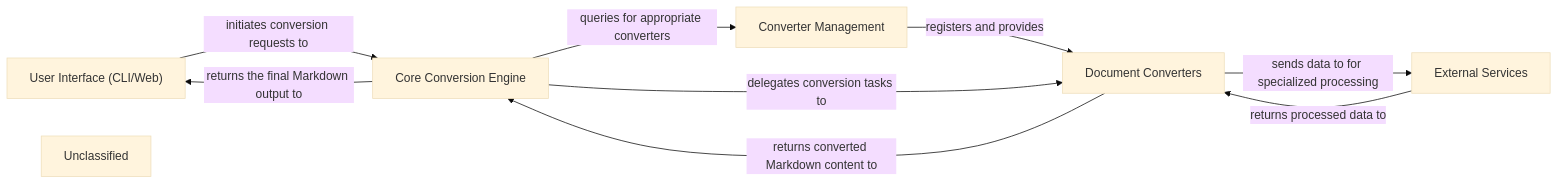
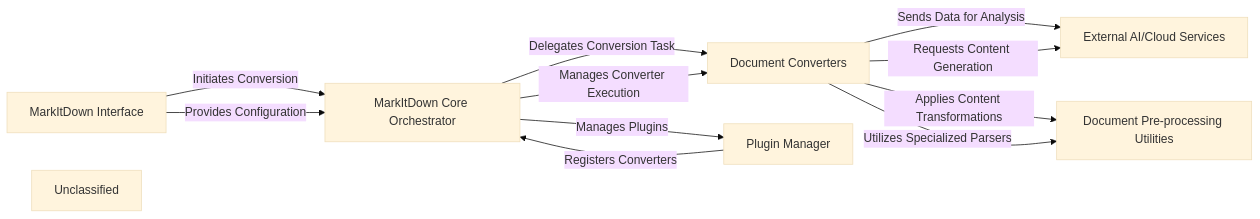
Before and after one commit to CodeBoarding/GeneratedOnBoardings: the diagram in markitdown/on_boarding.md, drawn with Mermaid (base theme). The commit also changed other lines of this file, not shown here.

````diff
--- a/markitdown/on_boarding.md
+++ b/markitdown/on_boarding.md
@@ -1,17 +1,20 @@
 ```mermaid
 graph LR
-    User_Interface_CLI_Web_["User Interface (CLI/Web)"]
-    Core_Conversion_Engine["Core Conversion Engine"]
-    Converter_Management["Converter Management"]
+    MarkItDown_Interface["MarkItDown Interface"]
+    MarkItDown_Core_Orchestrator["MarkItDown Core Orchestrator"]
     Document_Converters["Document Converters"]
-    External_Services["External Services"]
+    Plugin_Manager["Plugin Manager"]
+    External_AI_Cloud_Services["External AI/Cloud Services"]
+    Document_Pre_processing_Utilities["Document Pre-processing Utilities"]
     Unclassified["Unclassified"]
-    User_Interface_CLI_Web_ -- "initiates conversion requests to" --> Core_Conversion_Engine
-    Core_Conversion_Engine -- "queries for appropriate converters" --> Converter_Management
-    Converter_Management -- "registers and provides" --> Document_Converters
-    Core_Conversion_Engine -- "delegates conversion tasks to" --> Document_Converters
-    Document_Converters -- "sends data to for specialized processing" --> External_Services
-    External_Services -- "returns processed data to" --> Document_Converters
-    Document_Converters -- "returns converted Markdown content to" --> Core_Conversion_Engine
-    Core_Conversion_Engine -- "returns the final Markdown output to" --> User_Interface_CLI_Web_
+    MarkItDown_Interface -- "Initiates Conversion" --> MarkItDown_Core_Orchestrator
+    MarkItDown_Interface -- "Provides Configuration" --> MarkItDown_Core_Orchestrator
+    MarkItDown_Core_Orchestrator -- "Delegates Conversion Task" --> Document_Converters
+    MarkItDown_Core_Orchestrator -- "Manages Converter Execution" --> Document_Converters
+    MarkItDown_Core_Orchestrator -- "Manages Plugins" --> Plugin_Manager
+    Plugin_Manager -- "Registers Converters" --> MarkItDown_Core_Orchestrator
+    Document_Converters -- "Sends Data for Analysis" --> External_AI_Cloud_Services
+    Document_Converters -- "Requests Content Generation" --> External_AI_Cloud_Services
+    Document_Converters -- "Applies Content Transformations" --> Document_Pre_processing_Utilities
+    Document_Converters -- "Utilizes Specialized Parsers" --> Document_Pre_processing_Utilities
 ```
````
